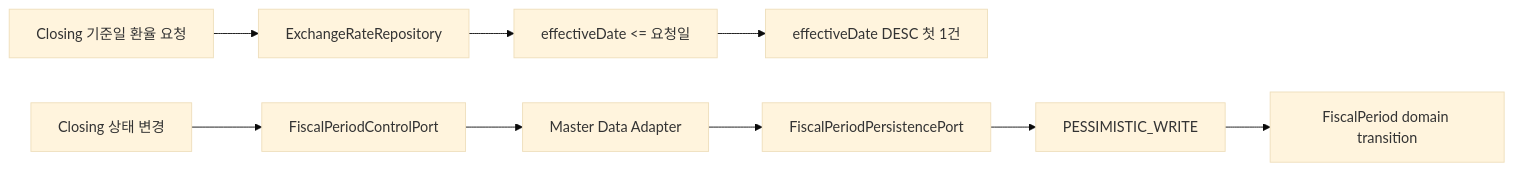
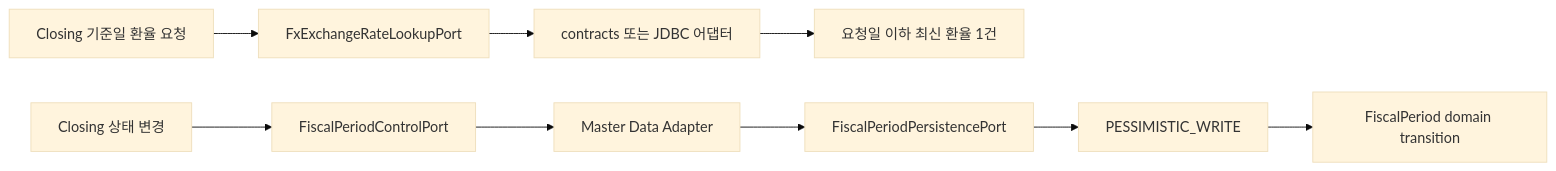
The fifth of 5 diagrams in master-data/docs/process-flow.md (skyg547/account), drawn with Mermaid (base theme) before and after one commit. The commit also changed other lines of this file and 11 other files, not shown here.

````diff
--- a/master-data/docs/process-flow.md
+++ b/master-data/docs/process-flow.md
@@ -227,11 +232,11 @@
 ```mermaid
 flowchart LR
-    A[Closing 기준일 환율 요청] --> B[ExchangeRateRepository]
-    B --> C[effectiveDate <= 요청일]
-    C --> D[effectiveDate DESC 첫 1건]
+    A[Closing 기준일 환율 요청] --> B[FxExchangeRateLookupPort]
+    B --> C[contracts 또는 JDBC 어댑터]
+    C --> D[요청일 이하 최신 환율 1건]
     E[Closing 상태 변경] --> F[FiscalPeriodControlPort]
     F --> G[Master Data Adapter]
     G --> H[FiscalPeriodPersistencePort]
     H --> I[PESSIMISTIC_WRITE]
     I --> J[FiscalPeriod domain transition]
 ```
````
